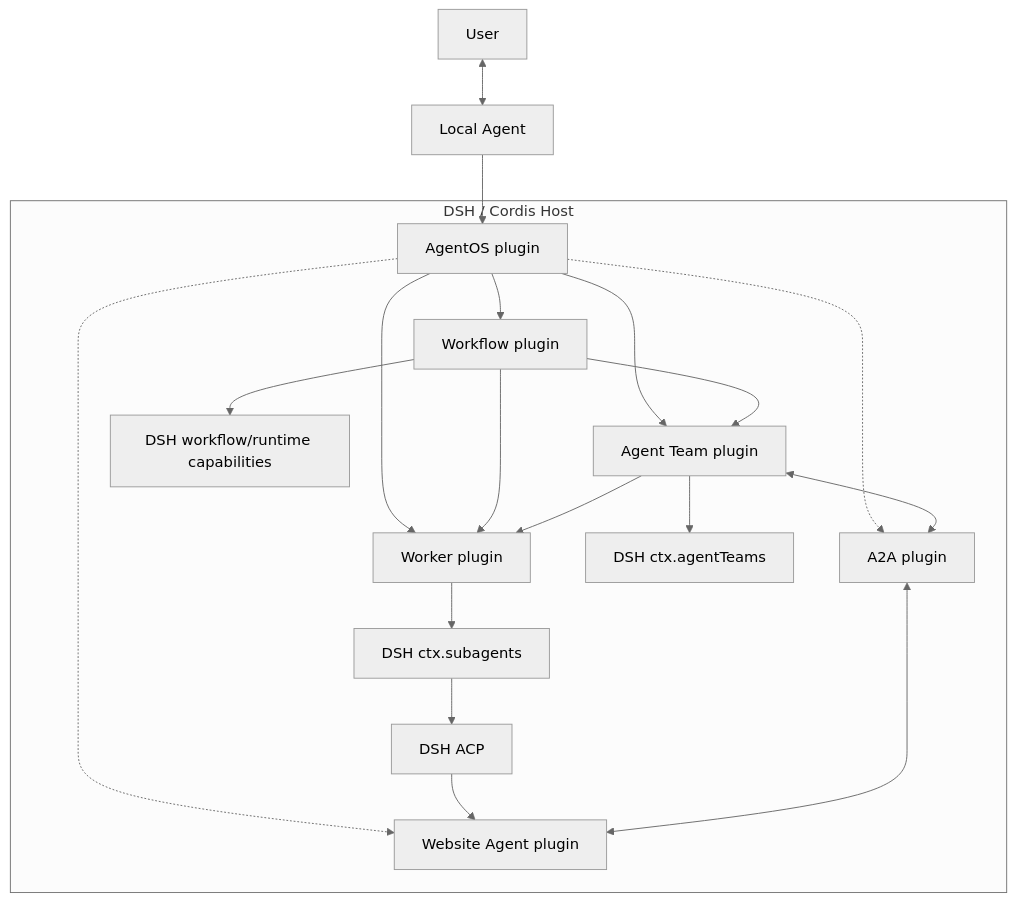
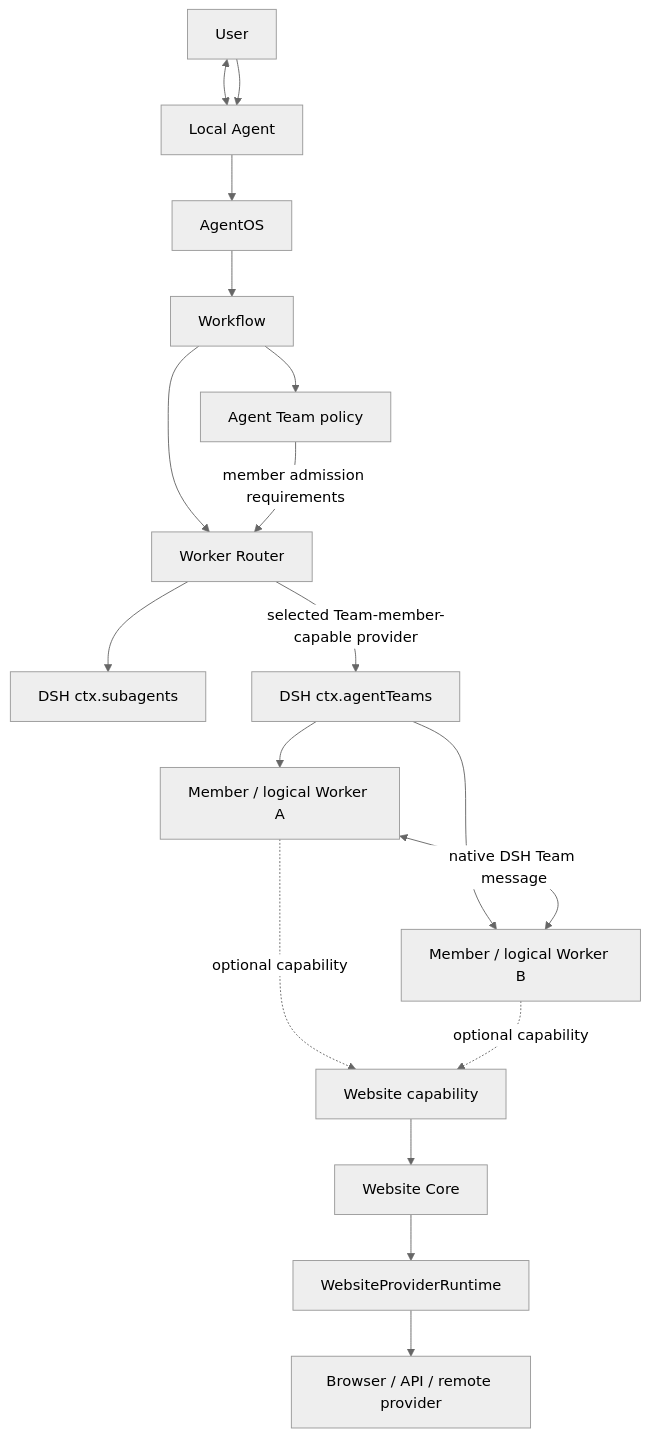
Before and after one commit to tsuuanmi/AgentOS: the diagram in docs/architecture/README.md, drawn with Mermaid (neutral theme). The commit also changed other lines of this file and 41 other files, not shown here.

First line of the commit message:
docs: consolidate Worker-first MVP architecture

```diff
--- a/docs/architecture/README.md
+++ b/docs/architecture/README.md
@@ -38,39 +19,38 @@
 ~~~mermaid
 flowchart TB
     User[User] <--> Local[Local Agent]
 
-    subgraph Host["DSH / Cordis Host"]
-        AO[AgentOS plugin]
-        WF[Workflow plugin]
-        Team[Agent Team plugin]
-        Worker[Worker plugin]
-        Website[Website Agent plugin]
-        A2A[A2A plugin]
+    AO[AgentOS]
+    WF[Workflow]
+    Team[Agent Team policy]
+    Router[Worker Router]
+    Sub[DSH ctx.subagents]
+    DSHAT[DSH ctx.agentTeams]
 
-        DSHAT[DSH ctx.agentTeams]
-        Sub[DSH ctx.subagents]
-        ACP[DSH ACP]
-        Runtime[DSH workflow/runtime capabilities]
-    end
+    A[Member / logical Worker A]
+    B[Member / logical Worker B]
 
-    Local --> AO
+    Web[Website capability]
+    Core[Website Core]
+    WPR[WebsiteProviderRuntime]
+    Provider[Browser / API / remote provider]
 
+    User --> Local --> AO
     AO --> WF
-    AO --> Team
-    AO --> Worker
-    AO -.-> Website
-    AO -.-> A2A
 
+    WF --> Router
     WF --> Team
-    WF --> Worker
-    Team --> Worker
 
-    Team --> DSHAT
-    Worker --> Sub
-    Sub --> ACP
-    ACP --> Website
-    Team <--> A2A
-    A2A <--> Website
+    Router --> Sub
 
-    WF --> Runtime
+    Team -->|member admission requirements| Router
+    Router -->|selected Team-member-capable provider| DSHAT
+
+    DSHAT --> A
+    DSHAT --> B
+    A <-->|native DSH Team message| B
+
+    A -. optional capability .-> Web
+    B -. optional capability .-> Web
+    Web --> Core --> WPR --> Provider
 ~~~
```
